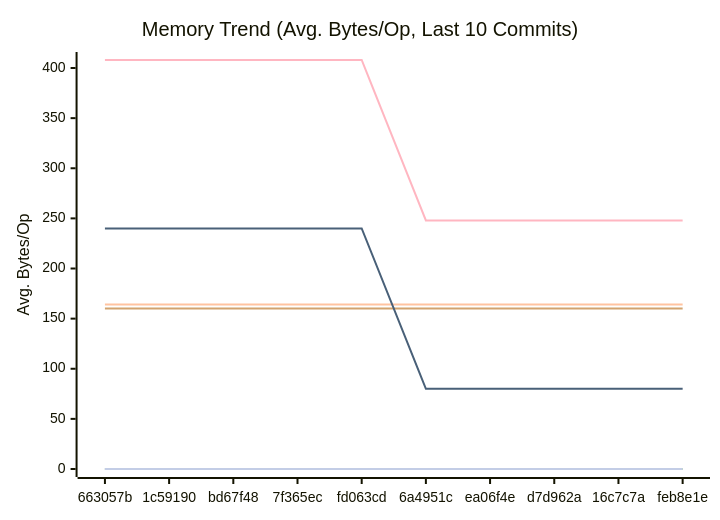
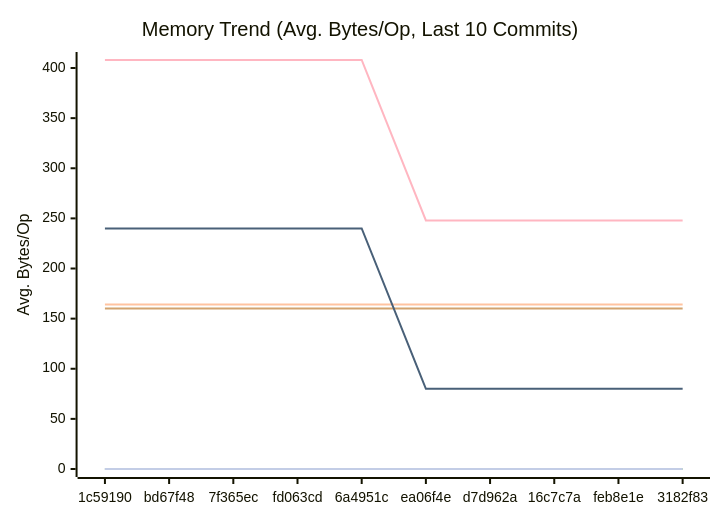
Before and after one commit to alsotoes/momo: the second of 3 diagrams in docs/PERFORMANCE.md, drawn with Mermaid. The commit also changed other lines of this file and 3 other files, not shown here.

````diff
--- a/docs/PERFORMANCE.md
+++ b/docs/PERFORMANCE.md
@@ -97,16 +97,16 @@
 ```mermaid
 xychart-beta
     title "Memory Trend (Avg. Bytes/Op, Last 10 Commits)"
     x-axis "Commit"
     y-axis "Avg. Bytes/Op"
-    x-axis [663057b,1c59190,bd67f48,7f365ec,fd063cd,6a4951c,ea06f4e,d7d962a,16c7c7a,feb8e1e]
+    x-axis [1c59190,bd67f48,7f365ec,fd063cd,6a4951c,ea06f4e,d7d962a,16c7c7a,feb8e1e,3182f83]
     line "CheckMetricsAndSwap" [0,0,0,0,0,0,0,0,0,0]
     line "CrushOptimized" [0,0,0,0,0,0,0,0,0,0]
     line "CrushOriginal" [164,164,164,164,164,164,164,164,164,164]
     line "IndexDirectTracking" [0,0,0,0,0,0,0,0,0,0]
     line "IndexSearch" [0,0,0,0,0,0,0,0,0,0]
     line "LoadGlobalConfig" [160,160,160,160,160,160,160,160,160,160]
     line "PadString" [0,0,0,0,0,0,0,0,0,0]
     line "ParseReplicationOrder_NoPrealloc" [408,408,408,408,408,248,248,248,248,248]
     line "ParseReplicationOrder_Prealloc" [240,240,240,240,240,80,80,80,80,80]
 ```
````
